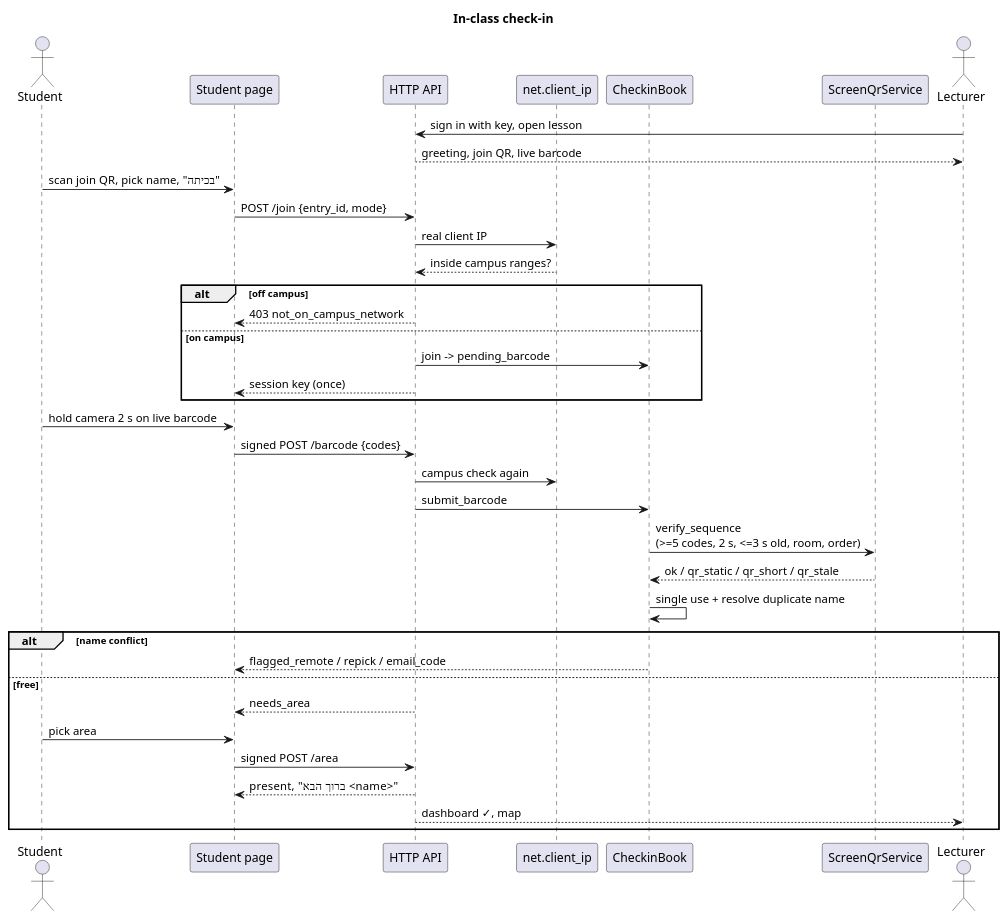
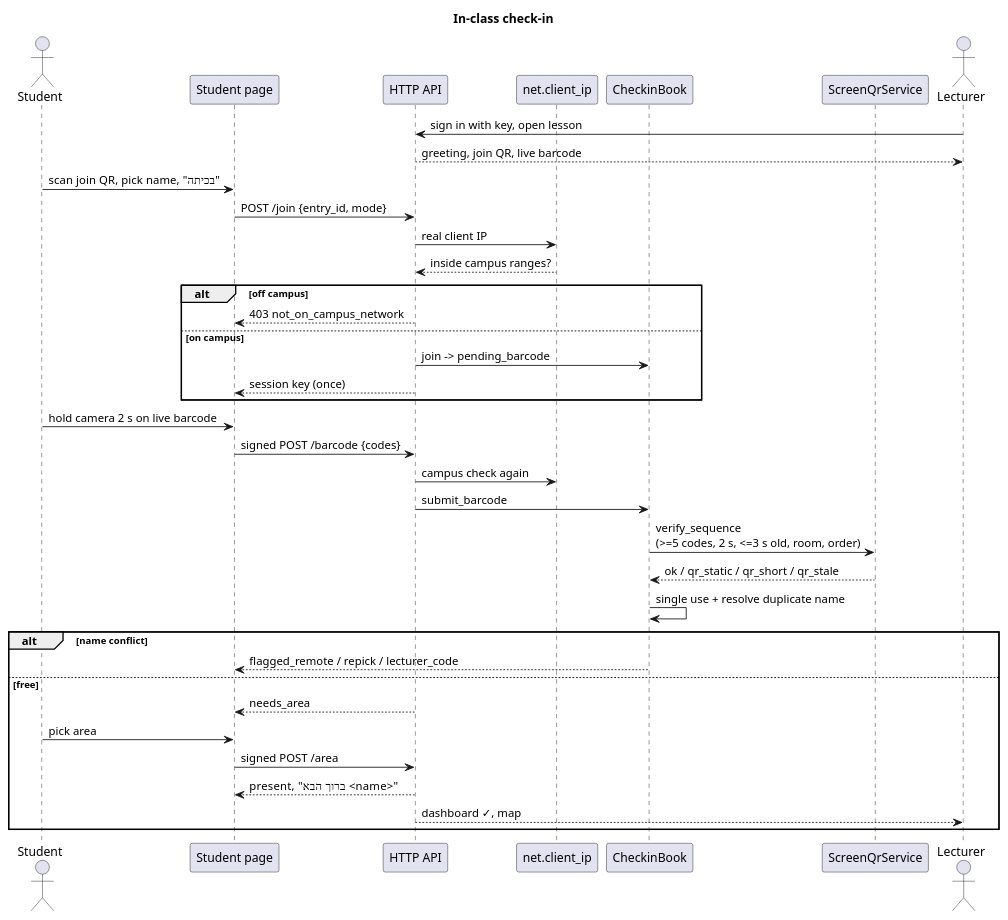
One commit to Haim-Barby/ZooMoodle changed the diagram in docs/diagrams/seq-checkin.puml. Above: the diagram before and after it, drawn with PlantUML. The commit also changed 38 other files, not shown here.

First line of the commit message:
Duplicate names: lecturer one-time code instead of e-mail

```diff
--- a/docs/diagrams/seq-checkin.puml
+++ b/docs/diagrams/seq-checkin.puml
@@ -1,40 +1,40 @@
 @startuml seq-checkin
 title In-class check-in
 
 actor Student
 participant "Student page" as UI
 participant "HTTP API" as API
 participant "net.client_ip" as NET
 participant CheckinBook as CB
 participant ScreenQrService as QR
 actor Lecturer
 
 Lecturer -> API : sign in with key, open lesson
 API --> Lecturer : greeting, join QR, live barcode
 Student -> UI : scan join QR, pick name, "בכיתה"
 UI -> API : POST /join {entry_id, mode}
 API -> NET : real client IP
 NET --> API : inside campus ranges?
 alt off campus
   API --> UI : 403 not_on_campus_network
 else on campus
   API -> CB : join -> pending_barcode
   API --> UI : session key (once)
 end
 Student -> UI : hold camera 2 s on live barcode
 UI -> API : signed POST /barcode {codes}
 API -> NET : campus check again
 API -> CB : submit_barcode
 CB -> QR : verify_sequence\n(>=5 codes, 2 s, <=3 s old, room, order)
 QR --> CB : ok / qr_static / qr_short / qr_stale
 CB -> CB : single use + resolve duplicate name
 alt name conflict
-  CB --> UI : flagged_remote / repick / email_code
+  CB --> UI : flagged_remote / repick / lecturer_code
 else free
   API --> UI : needs_area
   Student -> UI : pick area
   UI -> API : signed POST /area
   API --> UI : present, "ברוך הבא <name>"
   API --> Lecturer : dashboard ✓, map
 end
 @enduml
```
